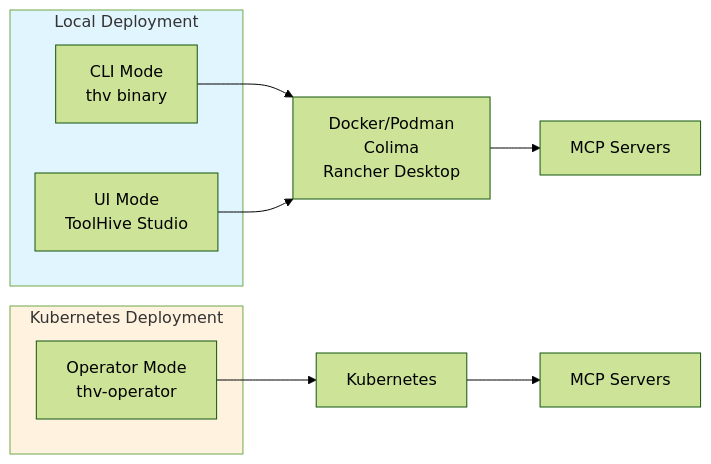
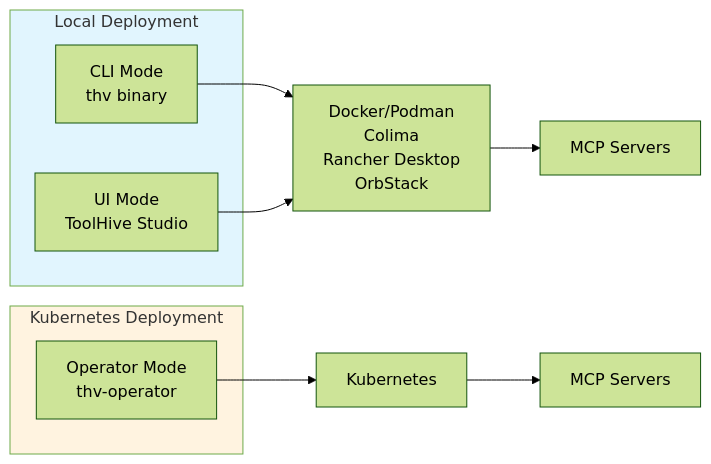
The first of 7 diagrams in docs/arch/01-deployment-modes.md (stacklok/toolhive), drawn with Mermaid (forest theme) before and after one commit. The commit also changed other lines of this file and 14 other files, not shown here.

````diff
--- a/docs/arch/01-deployment-modes.md
+++ b/docs/arch/01-deployment-modes.md
@@ -7,21 +7,21 @@
 ```mermaid
 graph LR
     subgraph LocalDeployment[Local Deployment]
         CLI[CLI Mode<br/>thv binary]
         UI[UI Mode<br/>ToolHive Studio]
     end
 
     subgraph KubernetesDeployment[Kubernetes Deployment]
         Operator[Operator Mode<br/>thv-operator]
     end
 
-    CLI --> Docker[Docker/Podman<br/>Colima<br/>Rancher Desktop]
+    CLI --> Docker[Docker/Podman<br/>Colima<br/>Rancher Desktop<br/>OrbStack]
     UI --> Docker
     Operator --> K8s[Kubernetes]
 
     Docker --> MCP1[MCP Servers]
     K8s --> MCP2[MCP Servers]
 
     style LocalDeployment fill:#e1f5fe
     style KubernetesDeployment fill:#fff3e0
 ```
````
